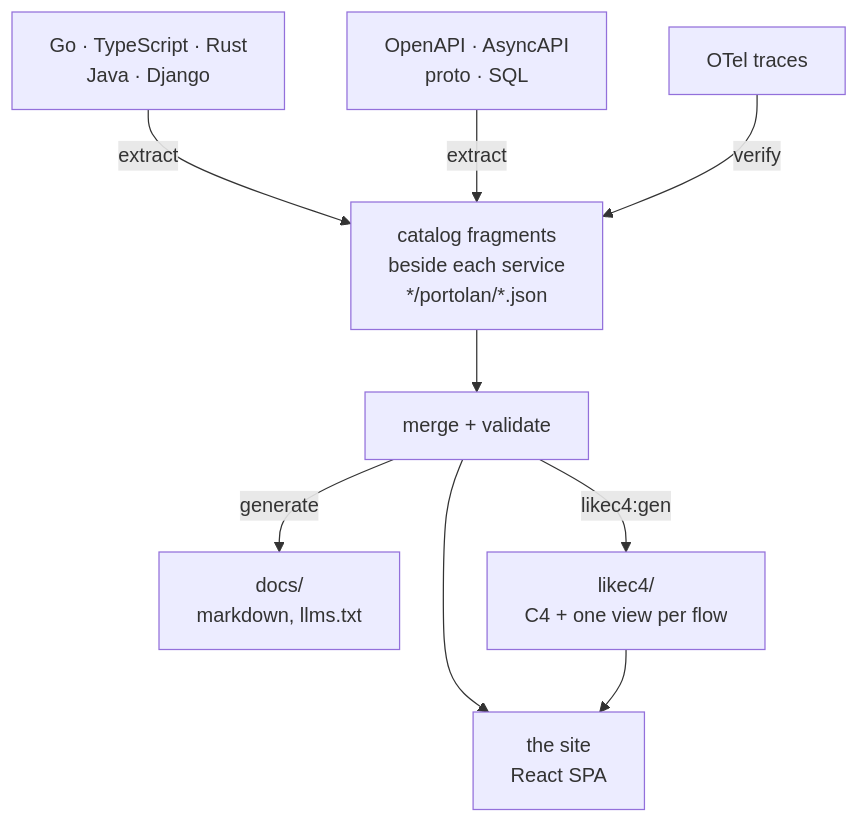
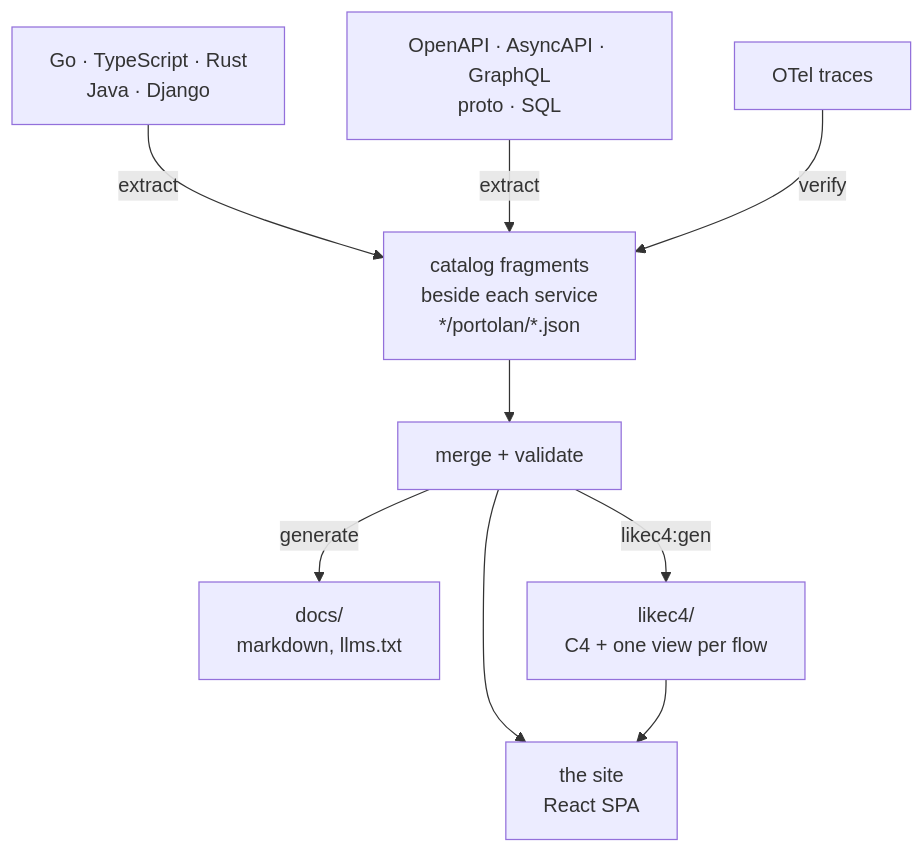
Before and after one commit to shortlink-org/portolan: the diagram in README.md, drawn with Mermaid. The commit also changed other lines of this file and 232 other files, not shown here.

First line of the commit message:
A graph at the edge, and a reader for the schema behind it

````diff
--- a/README.md
+++ b/README.md
@@ -15,19 +15,19 @@
 ```mermaid
 flowchart TB
   code["Go · TypeScript · Rust<br/>Java · Django"]
-  specs["OpenAPI · AsyncAPI<br/>proto · SQL"]
+  specs["OpenAPI · AsyncAPI · GraphQL<br/>proto · SQL"]
   traces["OTel traces"]
   frag["catalog fragments<br/>beside each service<br/>*/portolan/*.json"]
   merged["merge + validate"]
   site["the site<br/>React SPA"]
   docs["docs/<br/>markdown, llms.txt"]
   c4["likec4/<br/>C4 + one view per flow"]
 
   code -- extract --> frag
   specs -- extract --> frag
   traces -- verify --> frag
   frag --> merged
   merged --> site
   merged -- generate --> docs
   merged -- likec4:gen --> c4 --> site
 ```
````
